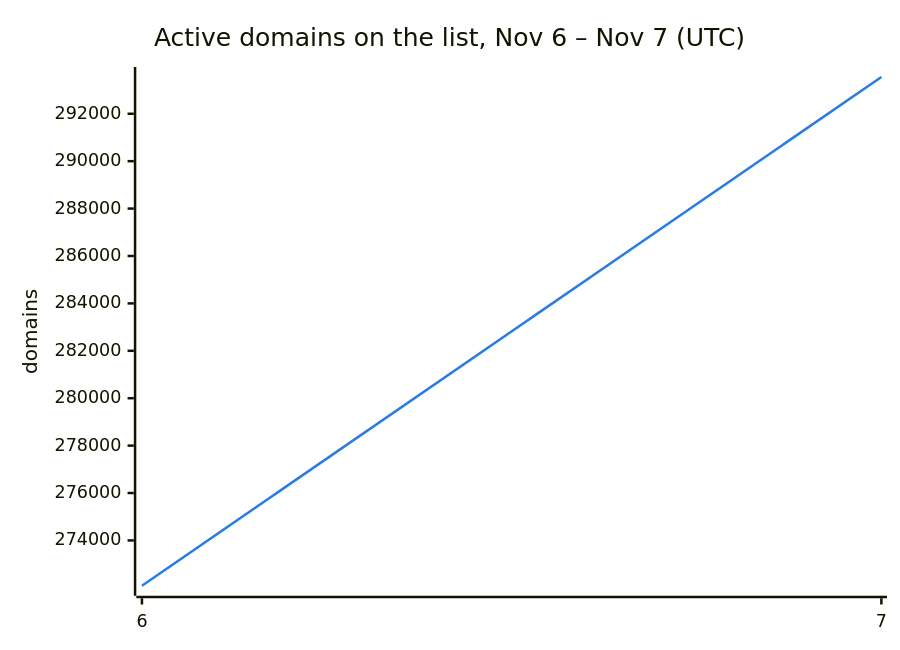
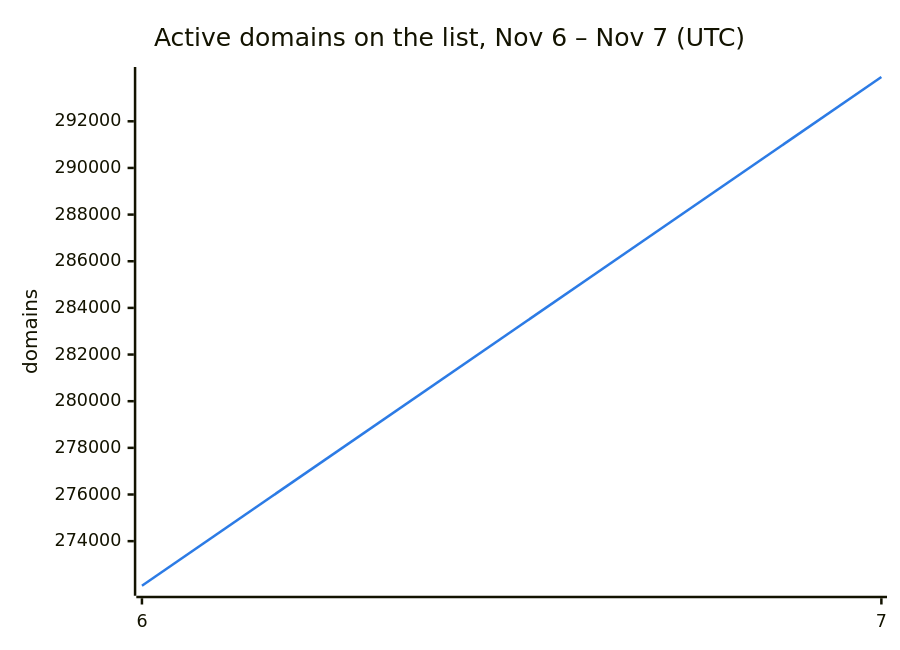
Before and after one commit to DNSBunker/CTI: the second of 3 diagrams in README.md, drawn with Mermaid. The commit also changed other lines of this file and 3 other files, not shown here.

````diff
--- a/README.md
+++ b/README.md
@@ -38,8 +38,8 @@
 ```mermaid
 %%{init: {"themeVariables": {"xyChart": {"plotColorPalette": "#2c7be5"}}}}%%
 xychart-beta
     title "Active domains on the list, Nov 6 – Nov 7 (UTC)"
     x-axis ["6", "7"]
     y-axis "domains"
-    line [272088, 293551]
+    line [272088, 293899]
 ```
````
